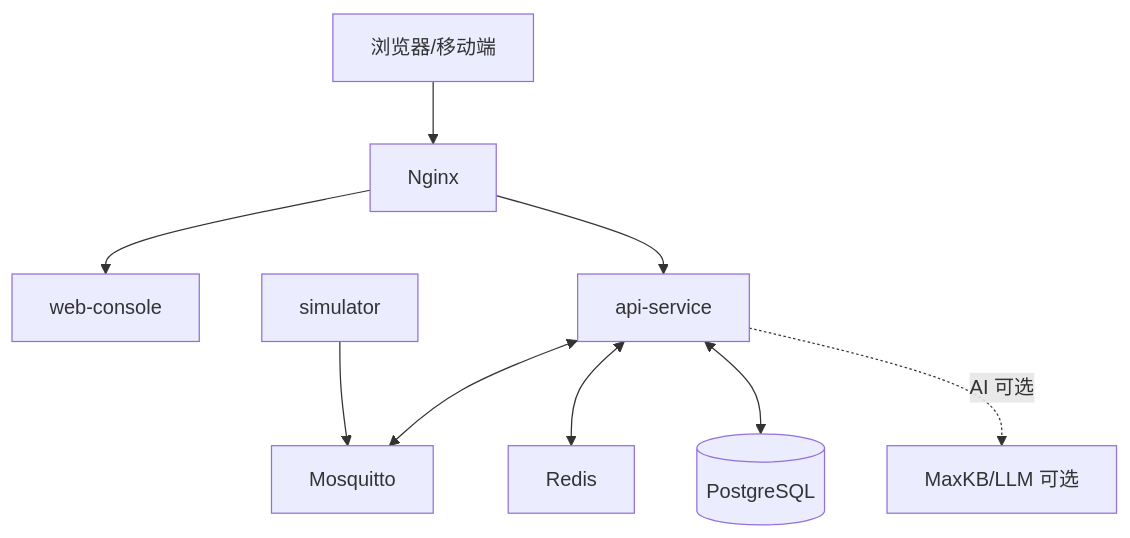
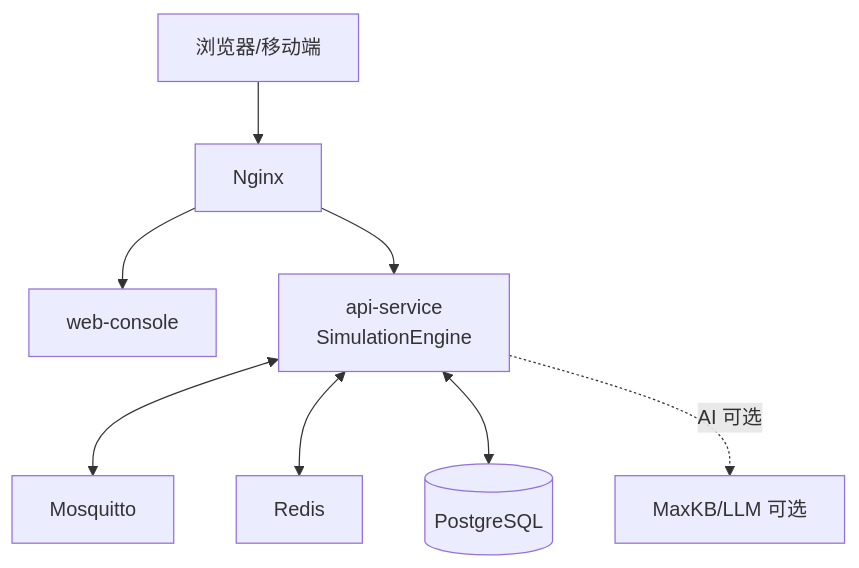
Before and after one commit to FlowerNeverFade/smart-agriculture: the second of 5 diagrams in 03_智慧农业_技术架构.md, drawn with Mermaid. The commit also changed other lines of this file and 16 other files, not shown here.

````diff
--- a/03_智慧农业_技术架构.md
+++ b/03_智慧农业_技术架构.md
@@ -219,20 +219,18 @@
 ```mermaid
 flowchart TB
     Browser[浏览器/移动端]
     Nginx[Nginx]
     Web[web-console]
-    API[api-service]
-    Runner[simulator]
+    API[api-service<br/>SimulationEngine]
     Broker[Mosquitto]
     Redis[Redis]
     DB[(PostgreSQL)]
     KB[MaxKB/LLM 可选]
     Browser --> Nginx
     Nginx --> Web
     Nginx --> API
-    Runner --> Broker
     API <--> Broker
     API <--> Redis
     API <--> DB
     API -.AI 可选.-> KB
 ```
````
